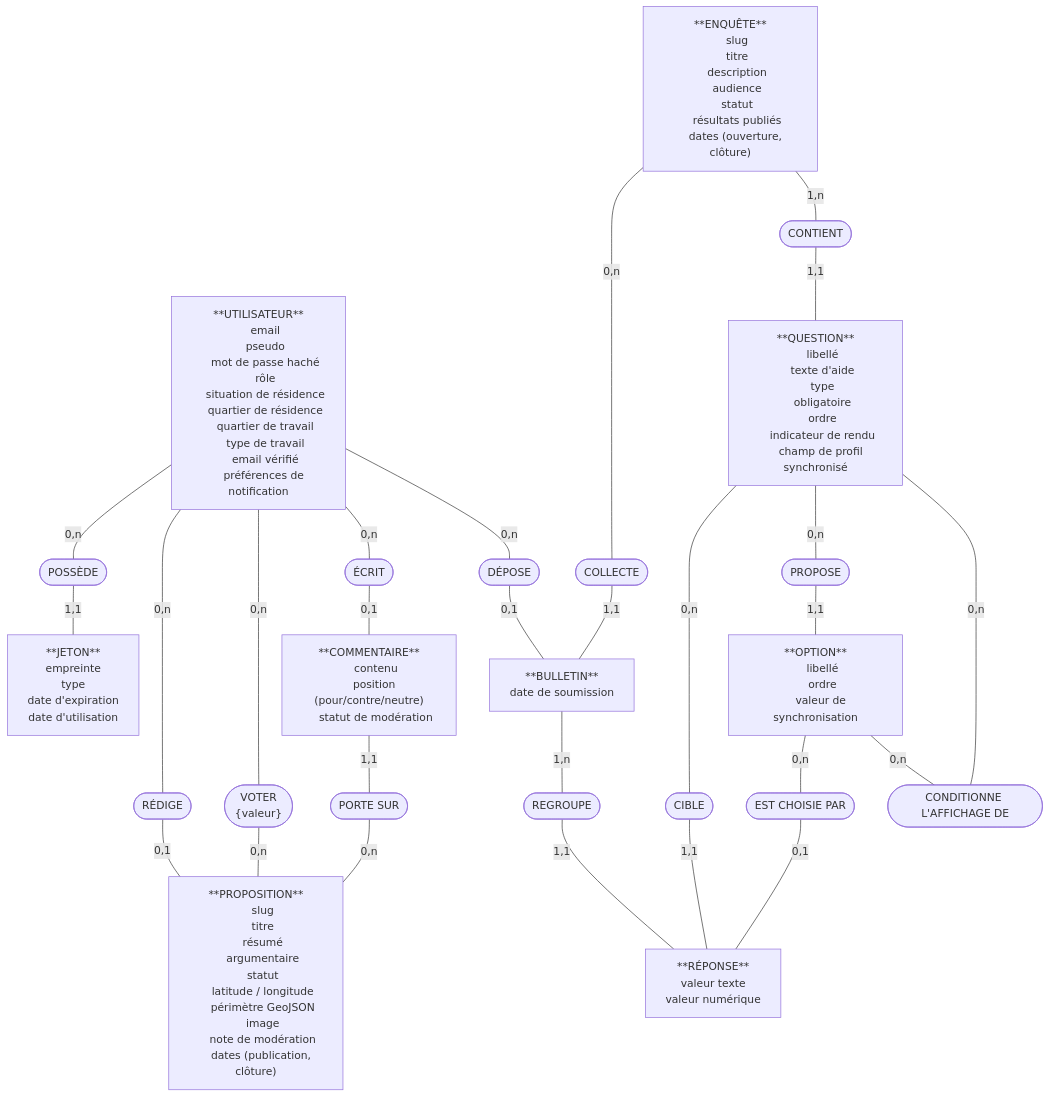
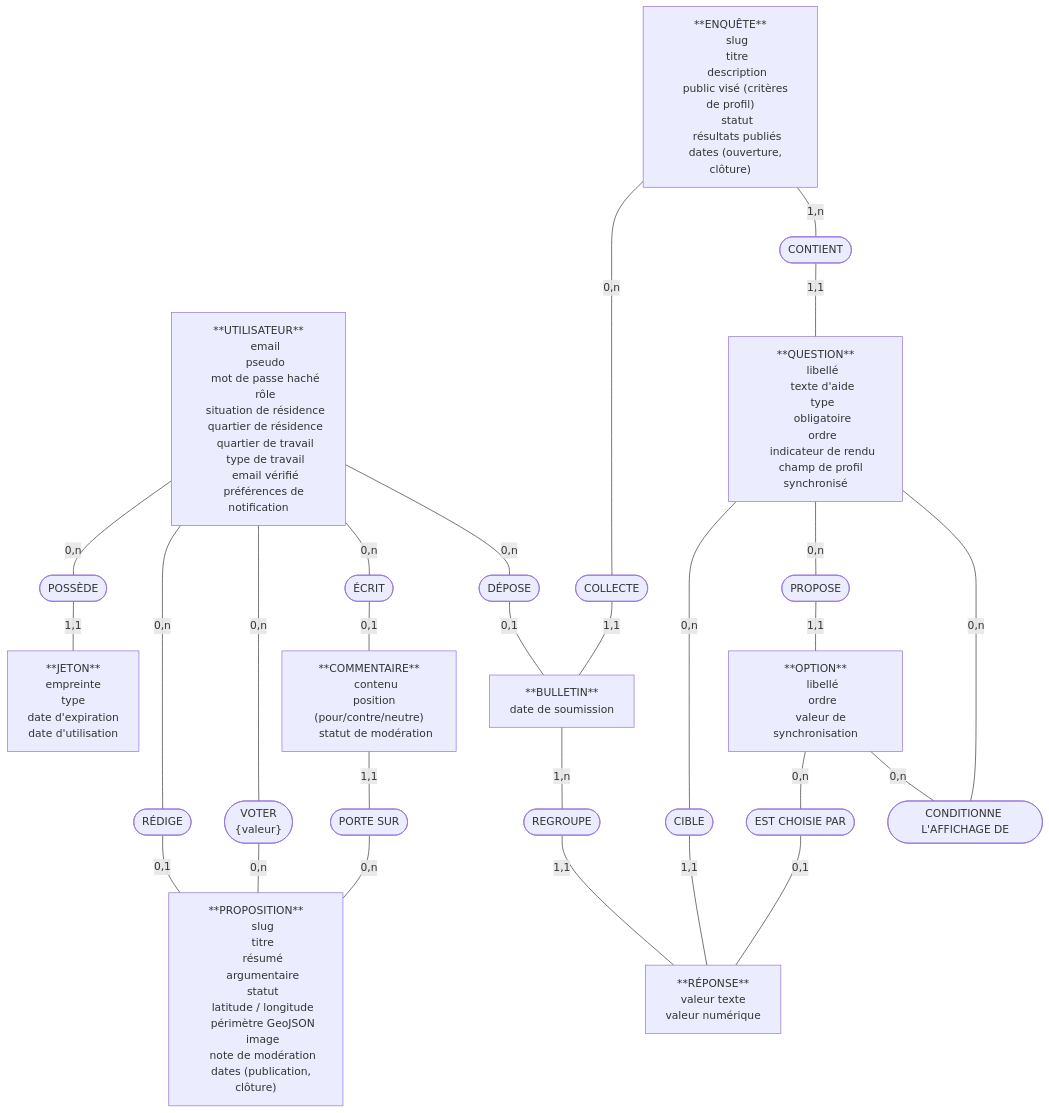
Before and after one commit to Nathalie-Leduc/Senlis-Participatif-docs: the diagram in 08-merise-mcd-mld-mpd.md, drawn with Mermaid. The commit also changed other lines of this file and 7 other files, not shown here.

Commit message:
docs: S5R-07 — public visé par critères (01, 02, 03, 08, 19), kanban (16)

```diff
--- a/08-merise-mcd-mld-mpd.md
+++ b/08-merise-mcd-mld-mpd.md
@@ -49,7 +49,7 @@
     slug
     titre
     description
-    audience
+    public visé (critères de profil)
     statut
     résultats publiés
     dates (ouverture, clôture)"]
```
